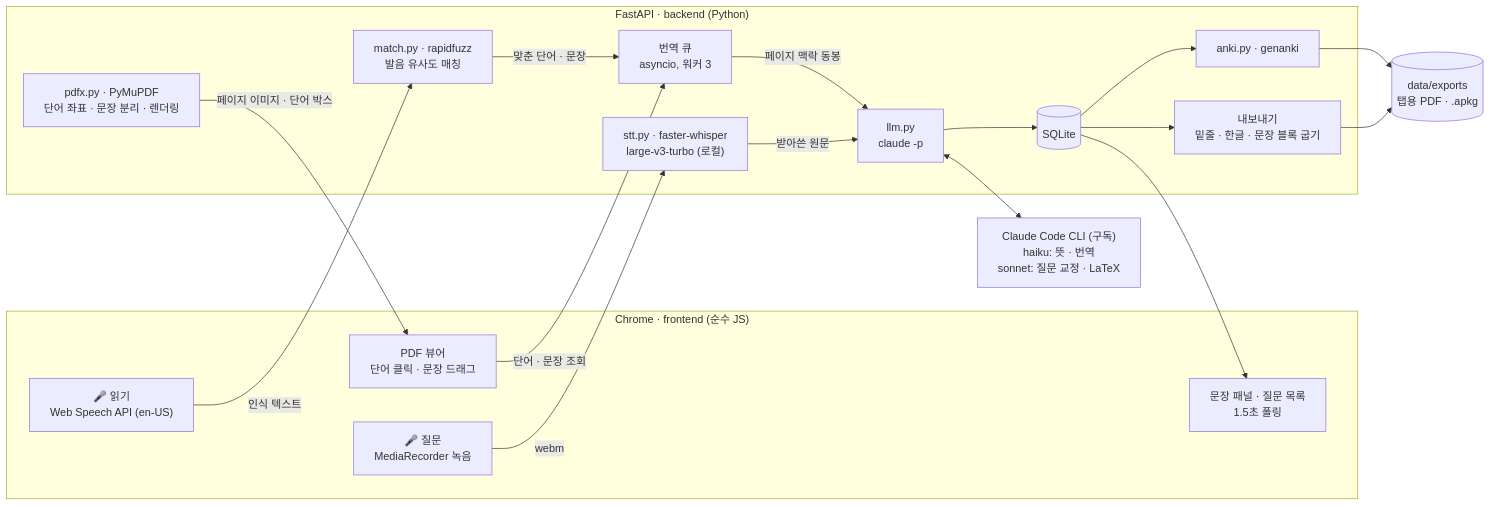
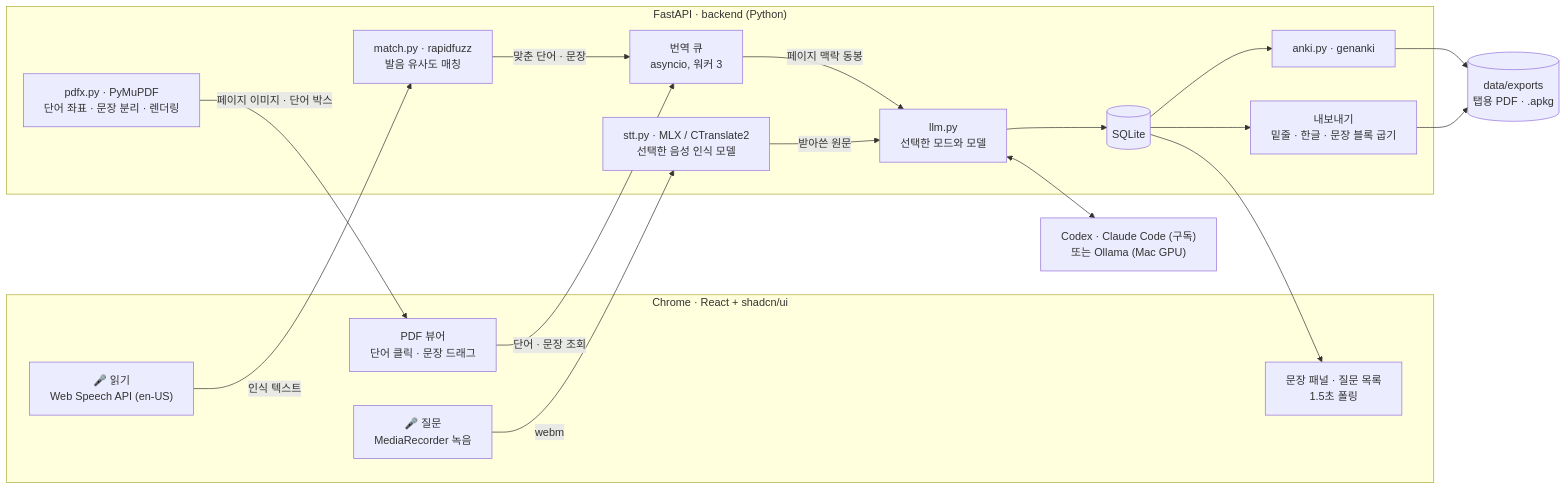
Before and after one commit to Ireneldia/yeonghan-beonyeok: the diagram in README.md, drawn with Mermaid. The commit also changed other lines of this file and 1 other file, not shown here.

````diff
--- a/README.md
+++ b/README.md
@@ -54,31 +89,31 @@
 ```mermaid
 flowchart LR
-  subgraph FE["Chrome · frontend (순수 JS)"]
+  subgraph FE["Chrome · React + shadcn/ui"]
     V["PDF 뷰어<br/>단어 클릭 · 문장 드래그"]
     R["🎤 읽기<br/>Web Speech API (en-US)"]
     Q["🎤 질문<br/>MediaRecorder 녹음"]
     P["문장 패널 · 질문 목록<br/>1.5초 폴링"]
   end
   subgraph BE["FastAPI · backend (Python)"]
     PDF["pdfx.py · PyMuPDF<br/>단어 좌표 · 문장 분리 · 렌더링"]
     M["match.py · rapidfuzz<br/>발음 유사도 매칭"]
     QU["번역 큐<br/>asyncio, 워커 3"]
-    W["stt.py · faster-whisper<br/>large-v3-turbo (로컬)"]
-    LLM["llm.py<br/>claude -p"]
+    W["stt.py · MLX / CTranslate2<br/>선택한 음성 인식 모델"]
+    LLM["llm.py<br/>선택한 모드와 모델"]
     DB[("SQLite")]
     EX["내보내기<br/>밑줄 · 한글 · 문장 블록 굽기"]
     AK["anki.py · genanki"]
   end
-  CC["Claude Code CLI (구독)<br/>haiku: 뜻 · 번역<br/>sonnet: 질문 교정 · LaTeX"]
+  CC["Codex · Claude Code (구독)<br/>또는 Ollama (Mac GPU)"]
   OUT[("data/exports<br/>탭용 PDF · .apkg")]
 
   PDF -->|페이지 이미지 · 단어 박스| V
   V -->|단어 · 문장 조회| QU
   R -->|인식 텍스트| M -->|맞춘 단어 · 문장| QU
   Q -->|webm| W -->|받아쓴 원문| LLM
   QU -->|페이지 맥락 동봉| LLM
   LLM <--> CC
   LLM --> DB --> P
   DB --> EX --> OUT
   DB --> AK --> OUT
 ```
````
